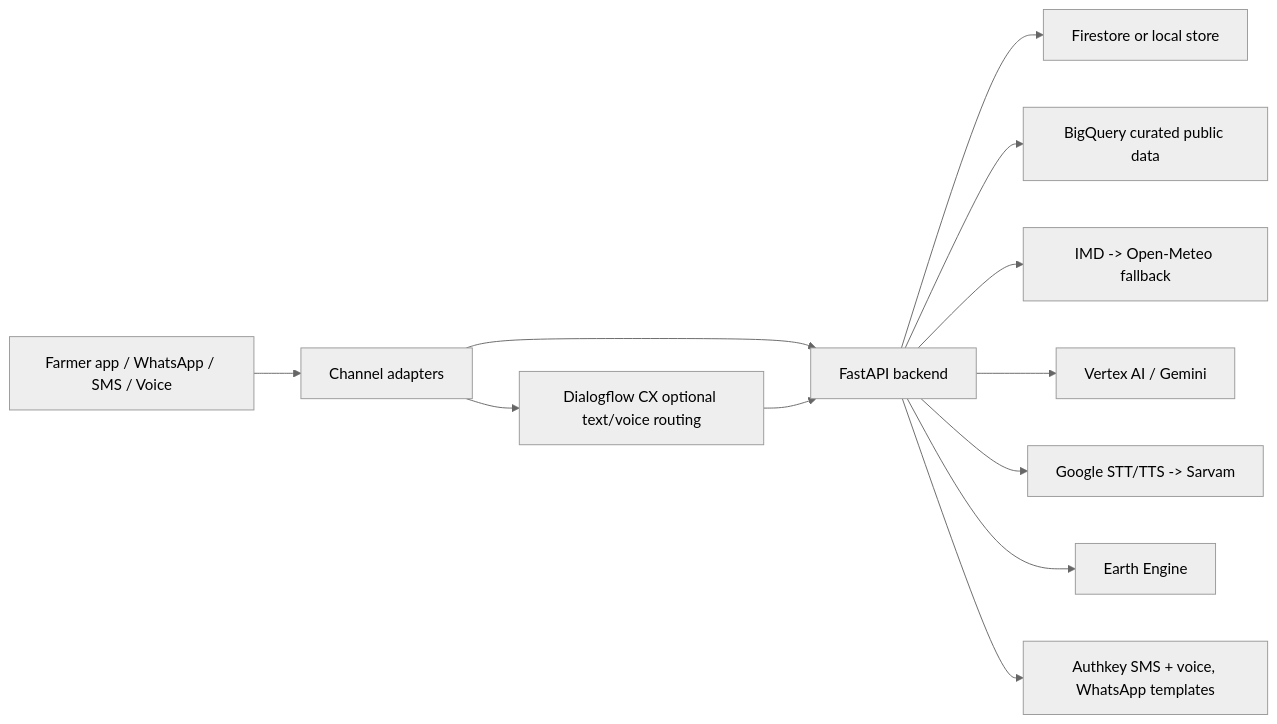
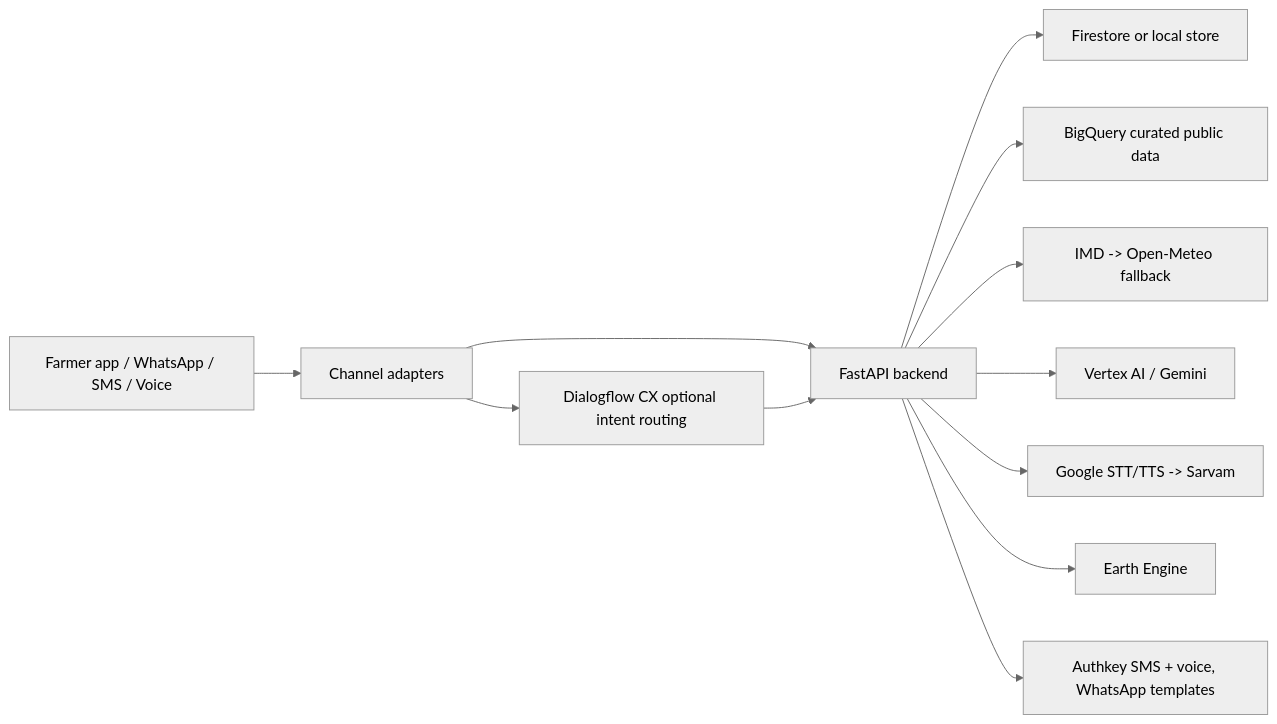
One commit to vaibhavdes/kisanAI changed the first of 2 diagrams in README.md. Above: the diagram before and after it, drawn with Mermaid (neutral theme). The commit also changed other lines of this file and 4 other files, not shown here.

````diff
--- a/README.md
+++ b/README.md
@@ -37,14 +53,14 @@
 ```mermaid
 flowchart LR
   Farmer["Farmer app / WhatsApp / SMS / Voice"] --> Channels["Channel adapters"]
   Channels --> Backend["FastAPI backend"]
-  Channels --> Dialogflow["Dialogflow CX optional text/voice routing"]
+  Channels --> Dialogflow["Dialogflow CX optional intent routing"]
   Dialogflow --> Backend
   Backend --> Store["Firestore or local store"]
   Backend --> BigQuery["BigQuery curated public data"]
   Backend --> Weather["IMD -> Open-Meteo fallback"]
   Backend --> AI["Vertex AI / Gemini"]
   Backend --> Voice["Google STT/TTS -> Sarvam"]
   Backend --> Satellite["Earth Engine"]
   Backend --> Alerts["Authkey SMS + voice, WhatsApp templates"]
 ```
````
